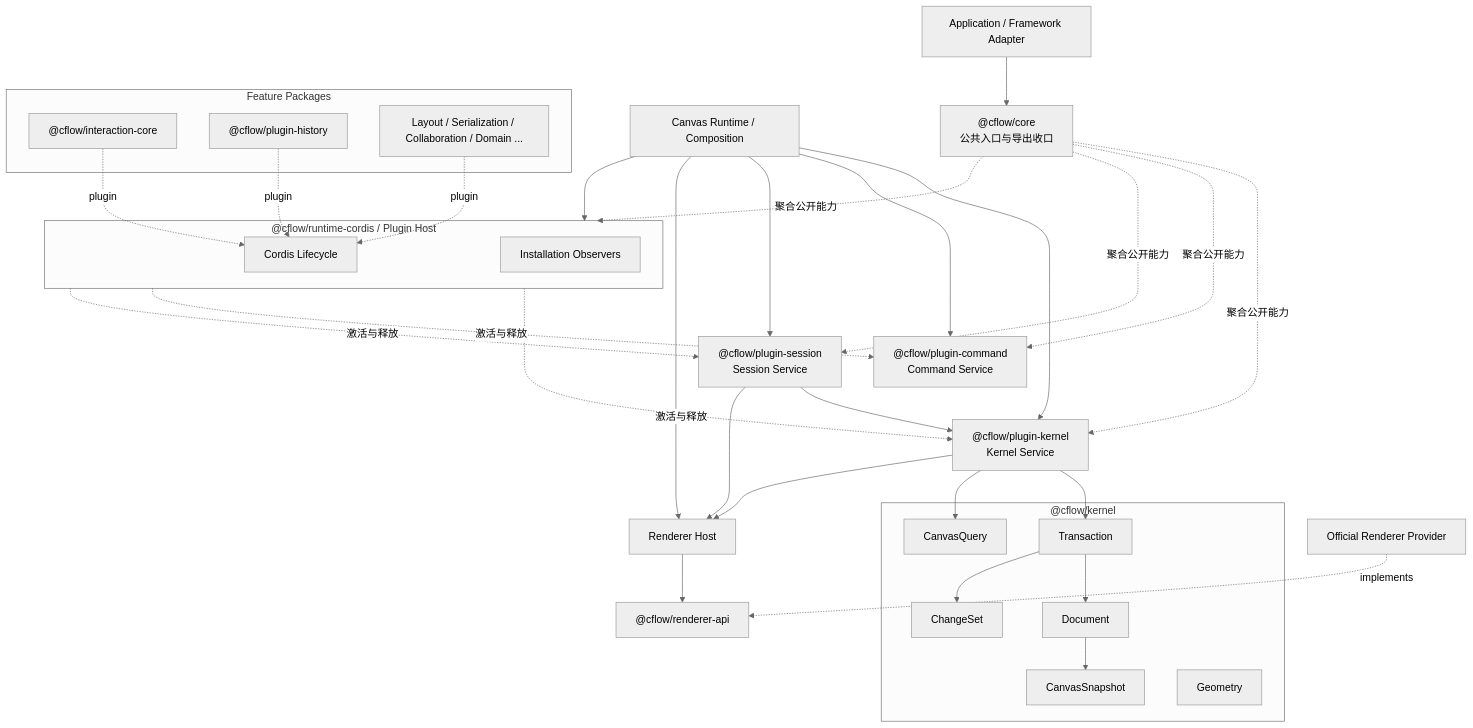
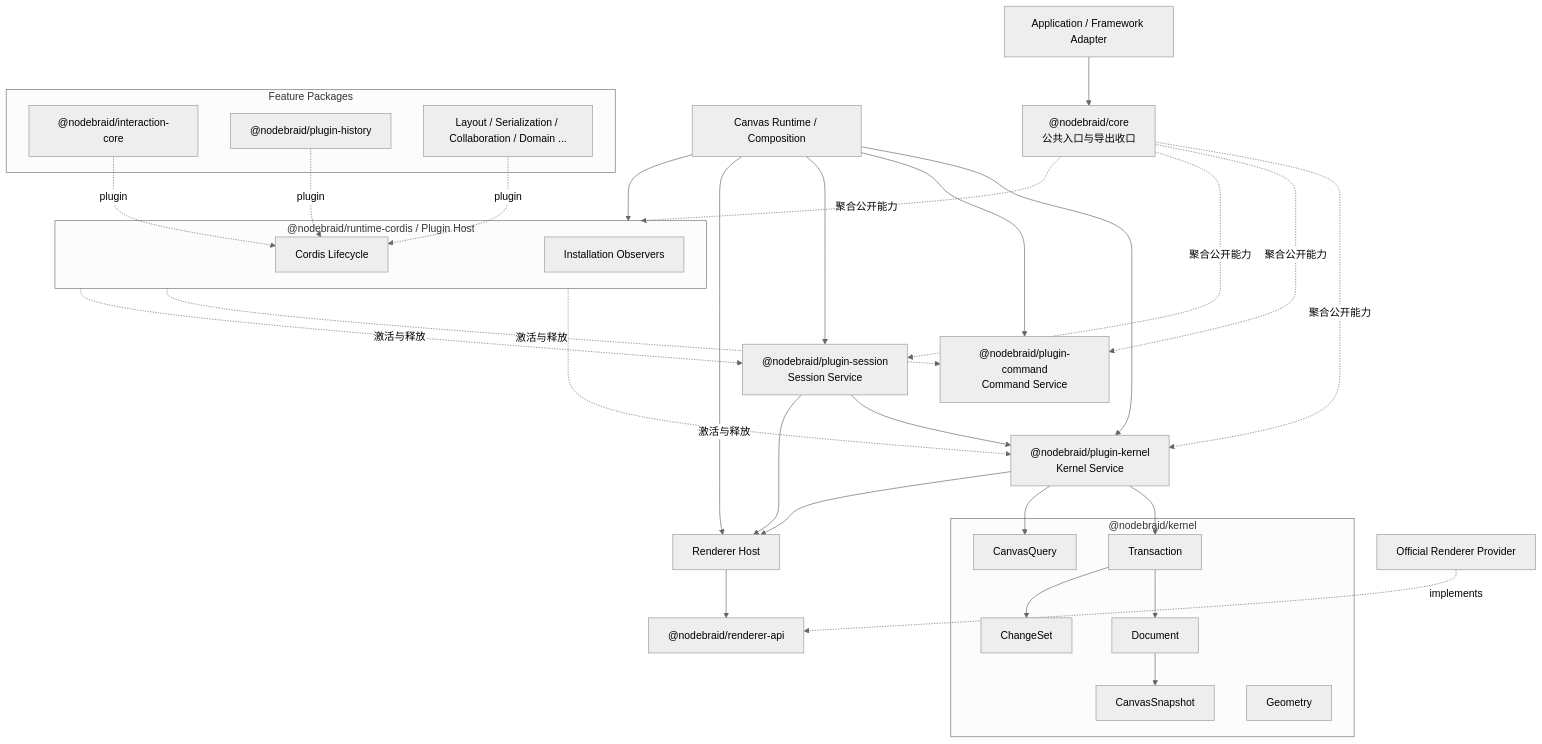
One commit to ZWkang/nodebraid changed the diagram in docs/architecture-baseline-v0.md. Above: the diagram before and after it, drawn with Mermaid (neutral theme). The commit also changed other lines of this file and 351 other files, not shown here.

````diff
--- a/docs/architecture-baseline-v0.md
+++ b/docs/architecture-baseline-v0.md
@@ -33,61 +33,61 @@
 ```mermaid
 flowchart TB
     Application["Application / Framework Adapter"]
-    Core["@cflow/core<br/>公共入口与导出收口"]
+    Core["@nodebraid/core<br/>公共入口与导出收口"]
     Canvas["Canvas Runtime / Composition"]
 
-    subgraph Runtime["@cflow/runtime-cordis / Plugin Host"]
+    subgraph Runtime["@nodebraid/runtime-cordis / Plugin Host"]
         Lifecycle["Cordis Lifecycle"]
         InstallationObservers["Installation Observers"]
     end
 
-    KernelPlugin["@cflow/plugin-kernel<br/>Kernel Service"]
-    CommandPlugin["@cflow/plugin-command<br/>Command Service"]
-    SessionPlugin["@cflow/plugin-session<br/>Session Service"]
+    KernelPlugin["@nodebraid/plugin-kernel<br/>Kernel Service"]
+    CommandPlugin["@nodebraid/plugin-command<br/>Command Service"]
+    SessionPlugin["@nodebraid/plugin-session<br/>Session Service"]
     RendererHost["Renderer Host"]
 
-    subgraph Kernel["@cflow/kernel"]
+    subgraph Kernel["@nodebraid/kernel"]
         Document["Document"]
         Transaction["Transaction"]
         Snapshot["CanvasSnapshot"]
         Query["CanvasQuery"]
         ChangeSet["ChangeSet"]
         Geometry["Geometry"]
     end
 
-    RendererAPI["@cflow/renderer-api"]
+    RendererAPI["@nodebraid/renderer-api"]
     RendererProvider["Official Renderer Provider"]
 
     subgraph Features["Feature Packages"]
-        Interaction["@cflow/interaction-core"]
-        History["@cflow/plugin-history"]
+        Interaction["@nodebraid/interaction-core"]
+        History["@nodebraid/plugin-history"]
         Optional["Layout / Serialization / Collaboration / Domain ..."]
     end
 
     Application --> Core
     Core -. "聚合公开能力" .-> Runtime
     Core -. "聚合公开能力" .-> KernelPlugin
     Core -. "聚合公开能力" .-> CommandPlugin
     Core -. "聚合公开能力" .-> SessionPlugin
     Canvas --> Runtime
     Canvas --> KernelPlugin
     Canvas --> CommandPlugin
     Canvas --> SessionPlugin
     Canvas --> RendererHost
     Runtime -. "激活与释放" .-> KernelPlugin
     Runtime -. "激活与释放" .-> CommandPlugin
     Runtime -. "激活与释放" .-> SessionPlugin
     KernelPlugin --> Transaction
     KernelPlugin --> Query
     Transaction --> Document
     Document --> Snapshot
     Transaction --> ChangeSet
     SessionPlugin --> KernelPlugin
     SessionPlugin --> RendererHost
     KernelPlugin --> RendererHost
     RendererHost --> RendererAPI
     RendererProvider -. "implements" .-> RendererAPI
     Interaction -. "plugin" .-> Lifecycle
     History -. "plugin" .-> Lifecycle
     Optional -. "plugin" .-> Lifecycle
 ```
````
